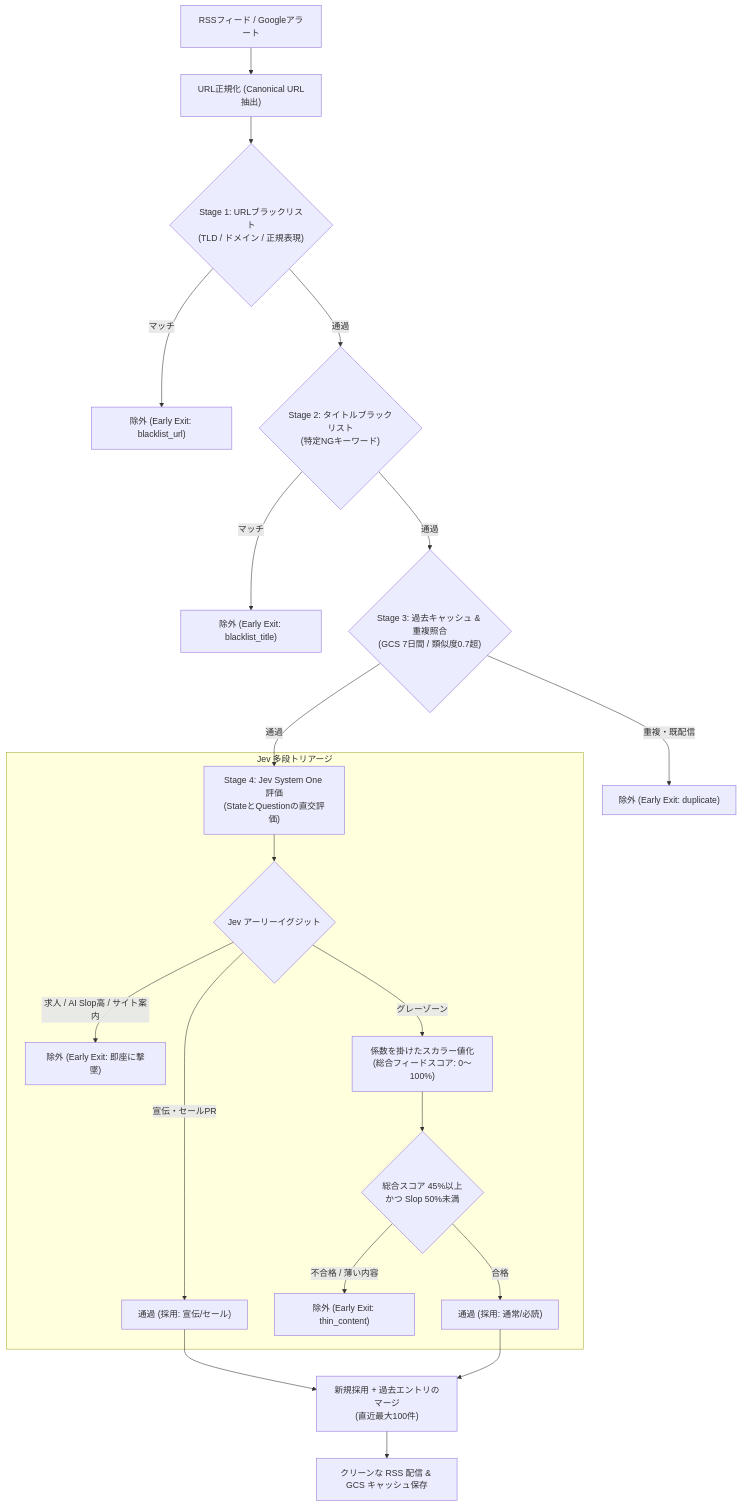
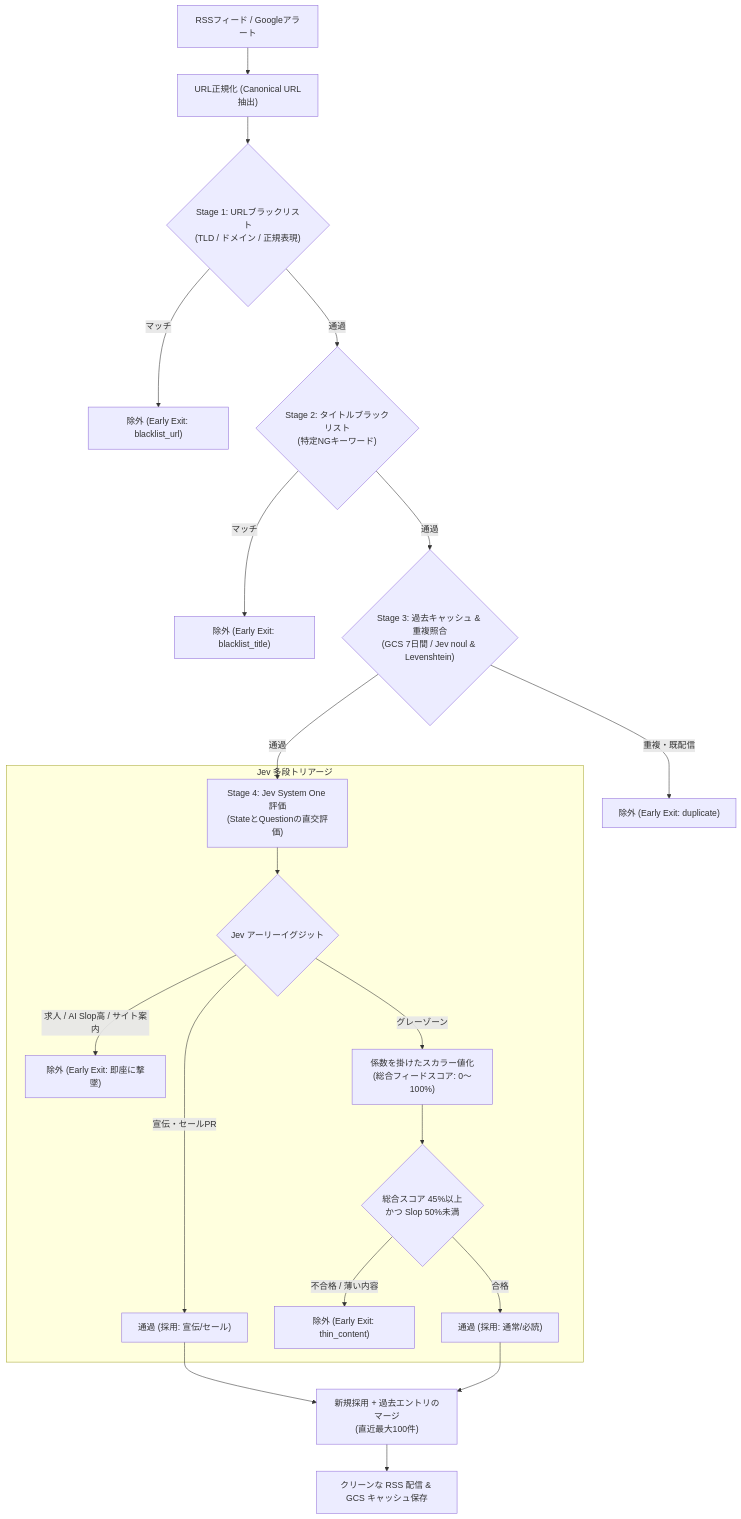
The diagram in README.md (bulldra/google-alert-rss-proxy), drawn with Mermaid before and after one commit. The commit also changed other lines of this file and 3 other files, not shown here.

Commit message:
feat: use Jev System One noul for semantic duplicate detection in DuplicateFilter

````diff
--- a/README.md
+++ b/README.md
@@ -49,28 +49,28 @@
 ```mermaid
 flowchart TD
     Start["RSSフィード / Googleアラート"] --> Normalize["URL正規化 (Canonical URL抽出)"]
     Normalize --> S1{"Stage 1: URLブラックリスト<br/>(TLD / ドメイン / 正規表現)"}
     S1 -->|マッチ| E1["除外 (Early Exit: blacklist_url)"]
 
     S1 -->|通過| S2{"Stage 2: タイトルブラックリスト<br/>(特定NGキーワード)"}
     S2 -->|マッチ| E2["除外 (Early Exit: blacklist_title)"]
 
-    S2 -->|通過| S3{"Stage 3: 過去キャッシュ & 重複照合<br/>(GCS 7日間 / 類似度0.7超)"}
+    S2 -->|通過| S3{"Stage 3: 過去キャッシュ & 重複照合<br/>(GCS 7日間 / Jev noul & Levenshtein)"}
     S3 -->|重複・既配信| E3["除外 (Early Exit: duplicate)"]
 
     S3 -->|通過| S4["Stage 4: Jev System One 評価<br/>(StateとQuestionの直交評価)"]
 
     subgraph JevTriage ["Jev 多段トリアージ"]
         S4 --> JevExit{"Jev アーリーイグジット"}
         JevExit -->|求人 / AI Slop高 / サイト案内| E4["除外 (Early Exit: 即座に撃墜)"]
         JevExit -->|宣伝・セールPR| Pass1["通過 (採用: 宣伝/セール)"]
         JevExit -->|グレーゾーン| ScalarScore["係数を掛けたスカラー値化<br/>(総合フィードスコア: 0〜100%)"]
         ScalarScore --> ThresholdCheck{"総合スコア 45%以上<br/>かつ Slop 50%未満"}
         ThresholdCheck -->|不合格 / 薄い内容| E5["除外 (Early Exit: thin_content)"]
         ThresholdCheck -->|合格| Pass2["通過 (採用: 通常/必読)"]
     end
 
     Pass1 --> Merge["新規採用 + 過去エントリのマージ<br/>(直近最大100件)"]
     Pass2 --> Merge
     Merge --> Output["クリーンな RSS 配信 & GCS キャッシュ保存"]
 ```
````
